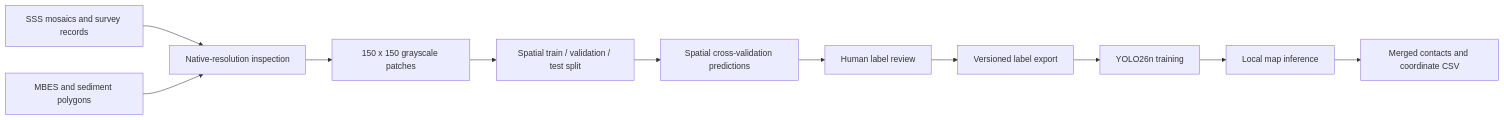
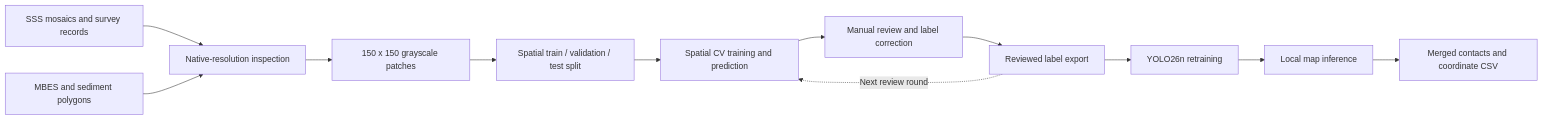
The diagram in README.md (zhn66776/SSS-detector), drawn with Mermaid before and after one commit. The commit also changed other lines of this file, not shown here.

Commit message:
docs: explain model-assisted annotation and retraining

````diff
--- a/README.md
+++ b/README.md
@@ -19,13 +19,14 @@
 ```mermaid
 flowchart LR
     A[SSS mosaics and survey records] --> B[Native-resolution inspection]
     B --> C[150 x 150 grayscale patches]
     C --> D[Spatial train / validation / test split]
-    D --> E[Spatial cross-validation predictions]
-    E --> F[Human label review]
-    F --> G[Versioned label export]
-    G --> H[YOLO26n training]
+    D --> E[Spatial CV training and prediction]
+    E --> F[Manual review and label correction]
+    F --> G[Reviewed label export]
+    G -.->|Next review round| E
+    G --> H[YOLO26n retraining]
     H --> I[Local map inference]
     I --> J[Merged contacts and coordinate CSV]
     K[MBES and sediment polygons] --> B
 ```
````
